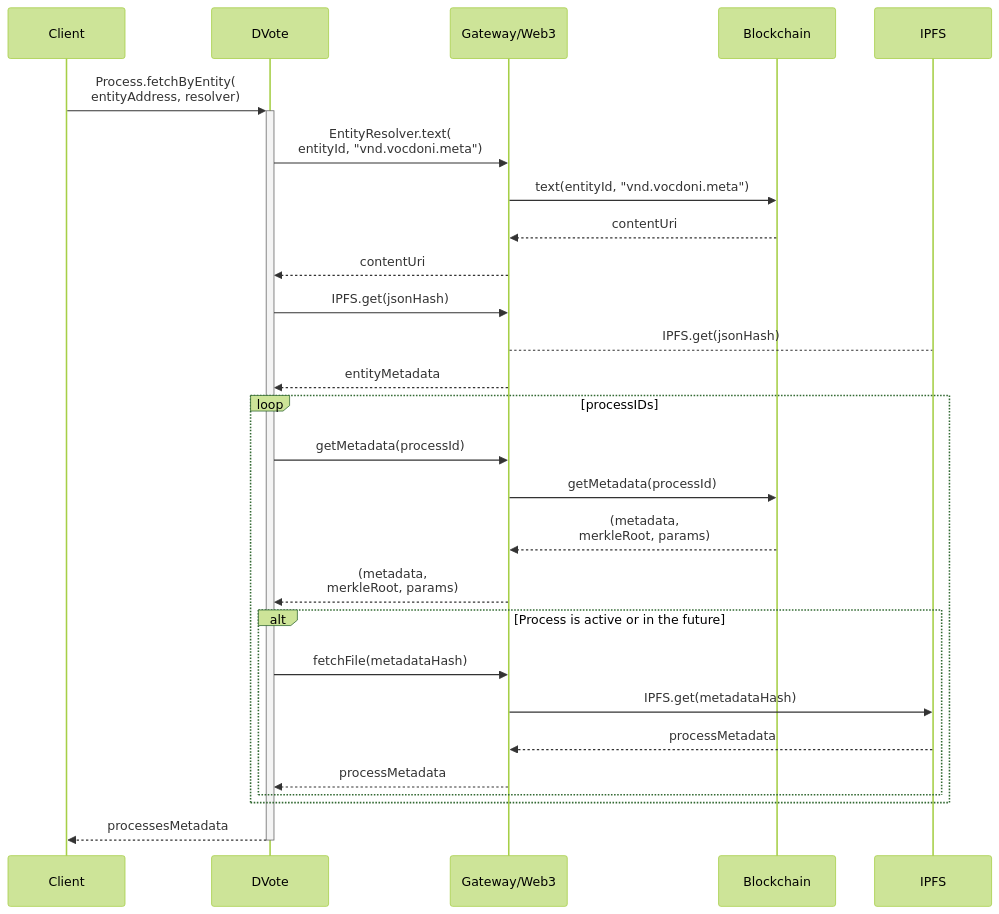
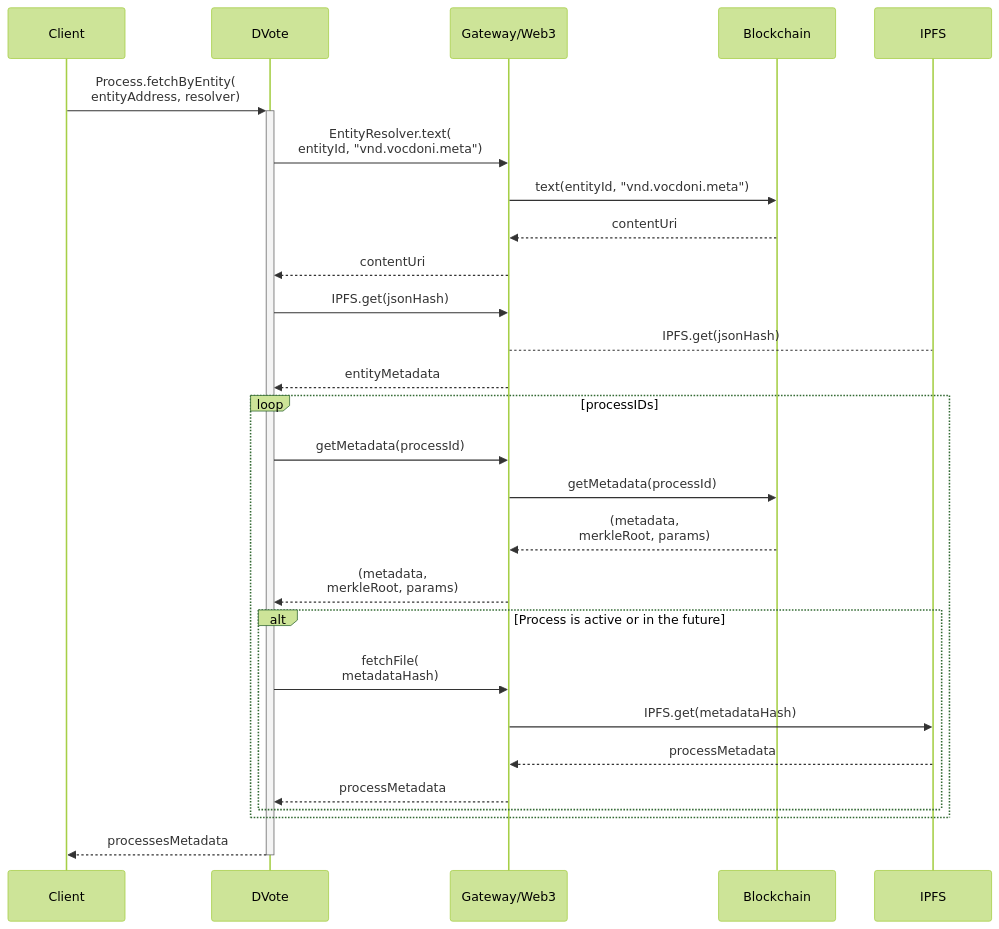
The fourth of 9 diagrams in src/architecture/component-interaction.md (vocdoni/docs), drawn with Mermaid before and after one commit. The commit also changed other lines of this file, not shown here.

````diff
--- a/src/architecture/component-interaction.md
+++ b/src/architecture/component-interaction.md
@@ -222,37 +222,37 @@
 ```mermaid
 %%{init: {'theme':'forest'}}%%
 sequenceDiagram
     participant App as Client
     participant DV as DVote
     participant GW as Gateway/Web3
     participant BC as Blockchain
     participant IPFS as IPFS
 
     App->>+DV: Process.fetchByEntity(<br/>entityAddress, resolver)
 
         DV->>GW: EntityResolver.text(<br/>entityId, "vnd.vocdoni.meta")
             GW->>BC: text(entityId, "vnd.vocdoni.meta")
             BC-->>GW: contentUri
         GW-->>DV: contentUri
 
         DV->>GW: IPFS.get(jsonHash)
             GW-->IPFS: IPFS.get(jsonHash)
         GW-->>DV: entityMetadata
 
         loop processIDs
 
             DV->>GW: getMetadata(processId)
                 GW->>BC: getMetadata(processId)
                 BC-->>GW: (metadata,<br/> merkleRoot, params)
             GW-->>DV: (metadata,<br/> merkleRoot, params)
 
             alt Process is active or in the future
-                DV->>GW: fetchFile(metadataHash)
+                DV->>GW: fetchFile(<br/>metadataHash)
                 GW->>IPFS: IPFS.get(metadataHash)
                 IPFS-->>GW: processMetadata
                 GW-->>DV: processMetadata
             end
         end
 
     DV-->>-App: processesMetadata
 ```
````
